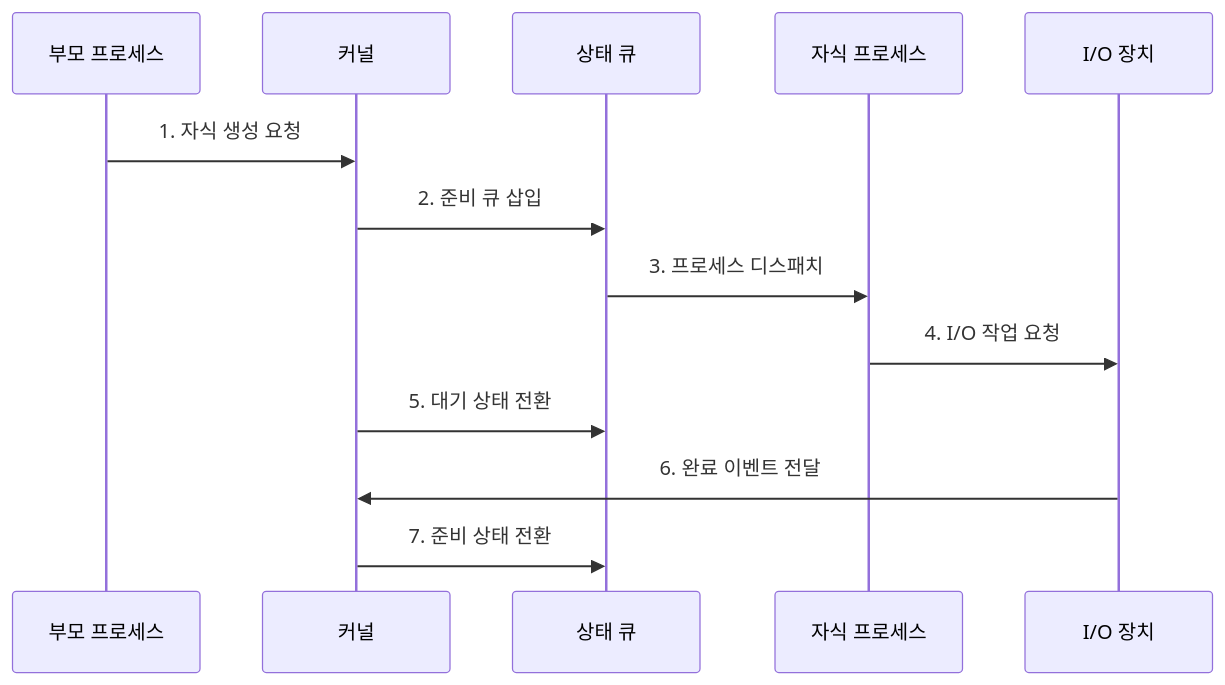
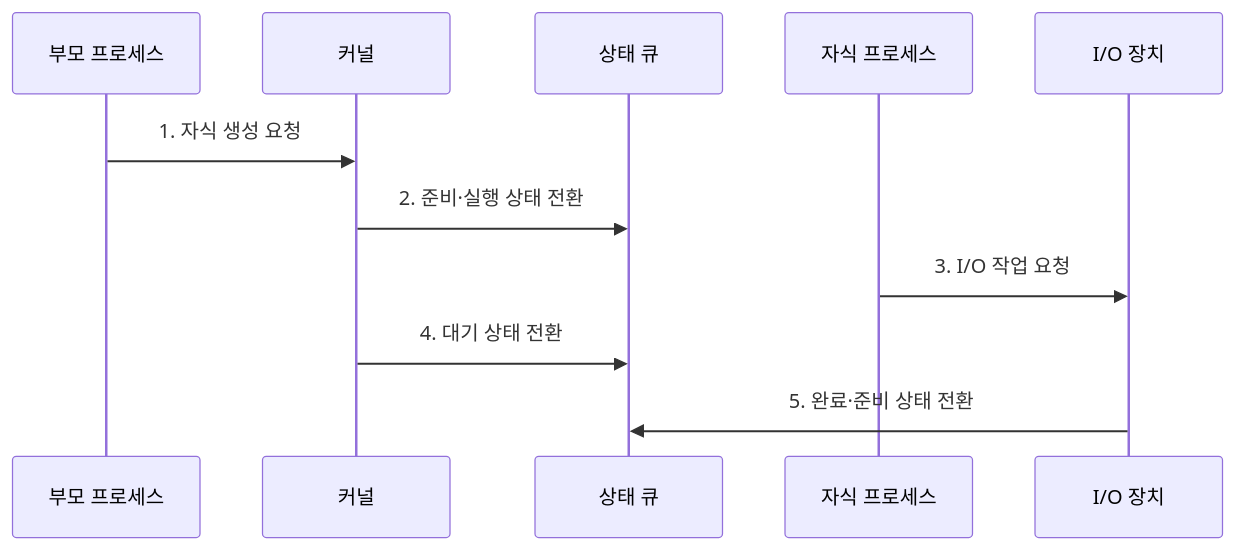
Before and after one commit to agnusdei1207/knowledge-base: the second of 2 diagrams in src/content/docs/notes/03-software/003_process_lifecycle.md, drawn with Mermaid. The commit also changed other lines of this file and 238 other files, not shown here.

````diff
--- a/src/content/docs/notes/03-software/003_process_lifecycle.md
+++ b/src/content/docs/notes/03-software/003_process_lifecycle.md
@@ -90,15 +90,13 @@
 ```mermaid
 sequenceDiagram
     participant H as 부모 프로세스
     participant K as 커널
     participant Q as 상태 큐
     participant C as 자식 프로세스
     participant D as I/O 장치
     H->>K: 1. 자식 생성 요청
-    K->>Q: 2. 준비 큐 삽입
-    Q->>C: 3. 프로세스 디스패치
-    C->>D: 4. I/O 작업 요청
-    K->>Q: 5. 대기 상태 전환
-    D->>K: 6. 완료 이벤트 전달
-    K->>Q: 7. 준비 상태 전환
+    K->>Q: 2. 준비·실행 상태 전환
+    C->>D: 3. I/O 작업 요청
+    K->>Q: 4. 대기 상태 전환
+    D->>Q: 5. 완료·준비 상태 전환
 ```
````
